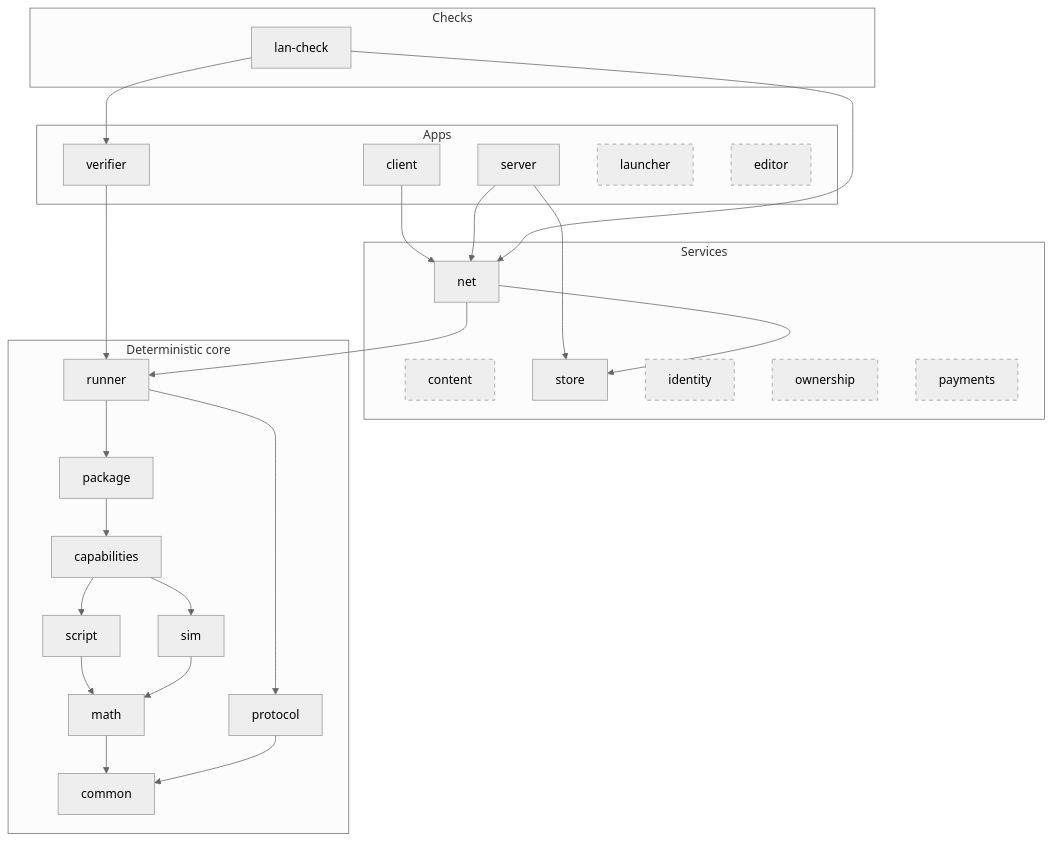
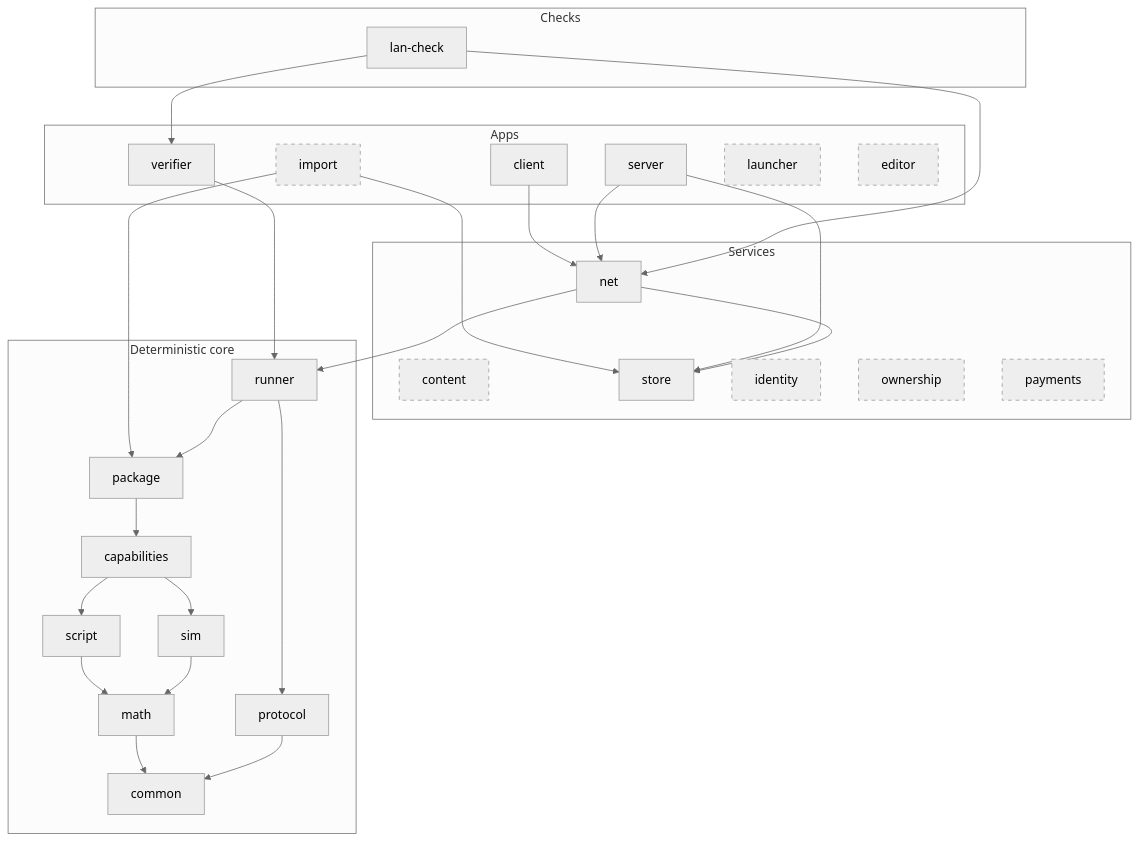
Before and after one commit to xorza/campfire: the diagram in docs/design/02-engine-core.md, drawn with Mermaid (neutral theme). The commit also changed other lines of this file and 36 other files, not shown here.

Commit message:
Pivot the project from a reference MOBA to importing Generals: Zero Hour, with the MOBA recast as test content and the docs, roadmap and issue log reorganized to match

````diff
--- a/docs/design/02-engine-core.md
+++ b/docs/design/02-engine-core.md
@@ -5,49 +5,52 @@
 ```mermaid
 flowchart TB
     subgraph apps["Apps"]
         client
         server
         verifier
+        import:::planned
         launcher:::planned
         editor:::planned
     end
     subgraph checks["Checks"]
         lancheck["lan-check"]
     end
     subgraph services["Services"]
         net
         content:::planned
         store
         identity:::planned
         ownership:::planned
         payments:::planned
     end
     subgraph core["Deterministic core"]
         runner
         package
         capabilities
         script
         sim
         protocol
         math
         common
     end
     client --> net
     server --> net
     net --> runner
     verifier --> runner
+    import --> package
+    import --> store
     lancheck --> verifier
     lancheck --> net
     server --> store
     net --> store
     runner --> package
     runner --> protocol
     package --> capabilities
     capabilities --> script
     capabilities --> sim
     script --> math
     sim --> math
     math --> common
     protocol --> common
     classDef planned stroke-dasharray: 5 5
 ```
````
